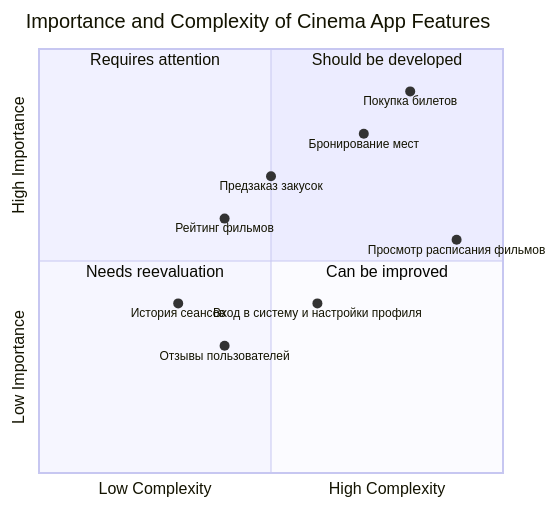
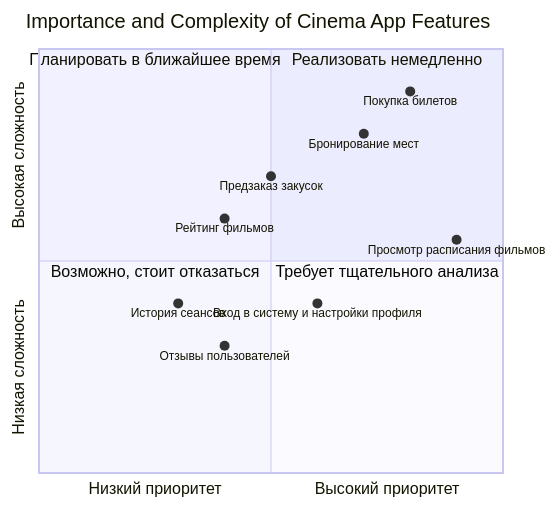
The third of 4 diagrams in 12 ПР ПКСС_Cinema.md (ARTEM-KRUUT/PKSS12), drawn with Mermaid before and after one commit.

````diff
--- a/12 ПР ПКСС_Cinema.md
+++ b/12 ПР ПКСС_Cinema.md
@@ -67,18 +67,18 @@
 ```mermaid
 quadrantChart
     title Importance and Complexity of Cinema App Features
-    x-axis Low Complexity --> High Complexity
-    y-axis Low Importance --> High Importance
-    quadrant-1 Should be developed
-    quadrant-2 Requires attention
-    quadrant-3 Needs reevaluation
-    quadrant-4 Can be improved
+    x-axis "Низкий приоритет" --> "Высокий приоритет"
+    y-axis "Низкая сложность" --> "Высокая сложность"
+    quadrant-1 "Реализовать немедленно"
+    quadrant-2 "Планировать в ближайшее время"
+    quadrant-3 "Возможно, стоит отказаться"
+    quadrant-4 "Требует тщательного анализа"
     "Покупка билетов": [0.8, 0.9]
     "Бронирование мест": [0.7, 0.8]
     "Рейтинг фильмов": [0.4, 0.6]
     "Предзаказ закусок": [0.5, 0.7]
     "История сеансов": [0.3, 0.4]
     "Просмотр расписания фильмов": [0.9, 0.55]
     "Отзывы пользователей": [0.4, 0.3]
     "Вход в систему и настройки профиля": [0.6, 0.4]
 ```
````
